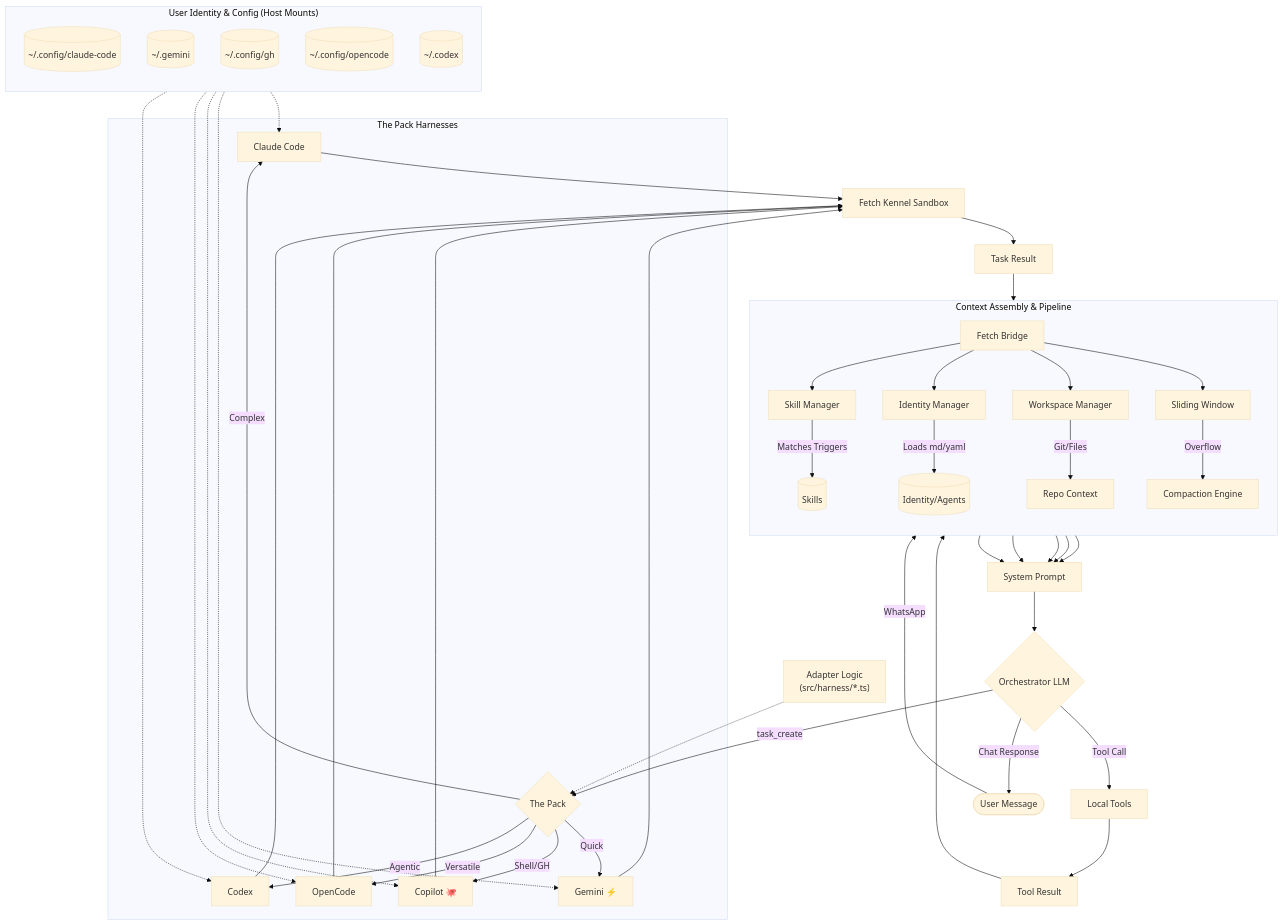
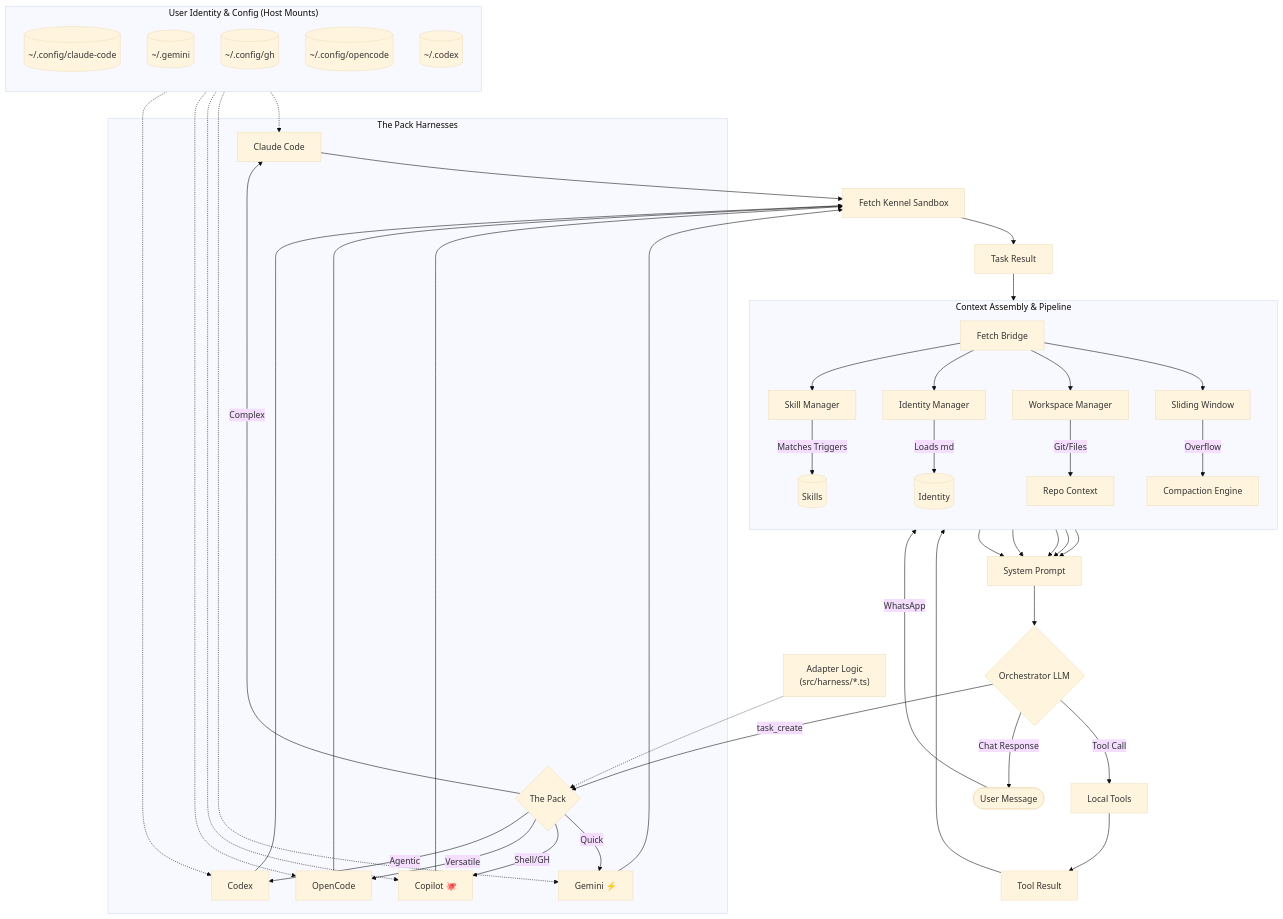
One commit to Traves-Theberge/Fetch changed the second of 3 diagrams in docs/markdown/ARCHITECTURE.md. Above: the diagram before and after it, drawn with Mermaid (base theme). The commit also changed other lines of this file and 12 other files, not shown here.

```diff
--- a/docs/markdown/ARCHITECTURE.md
+++ b/docs/markdown/ARCHITECTURE.md
@@ -53,7 +53,7 @@
 
         %% Data Stores
         Skills[(Skills)]
-        Identity[(Identity/Agents)]
+        Identity[(Identity)]
         RepoContext[Repo Context]
 
         %% Connections within Assembly
@@ -63,7 +63,7 @@
         Bridge --> Window
 
         SkillMgr -- Matches Triggers --> Skills
-        IdentityMgr -- Loads md/yaml --> Identity
+        IdentityMgr -- Loads md --> Identity
         WorkspaceMgr -- Git/Files --> RepoContext
         
         Window -- Overflow --> Compact
```
